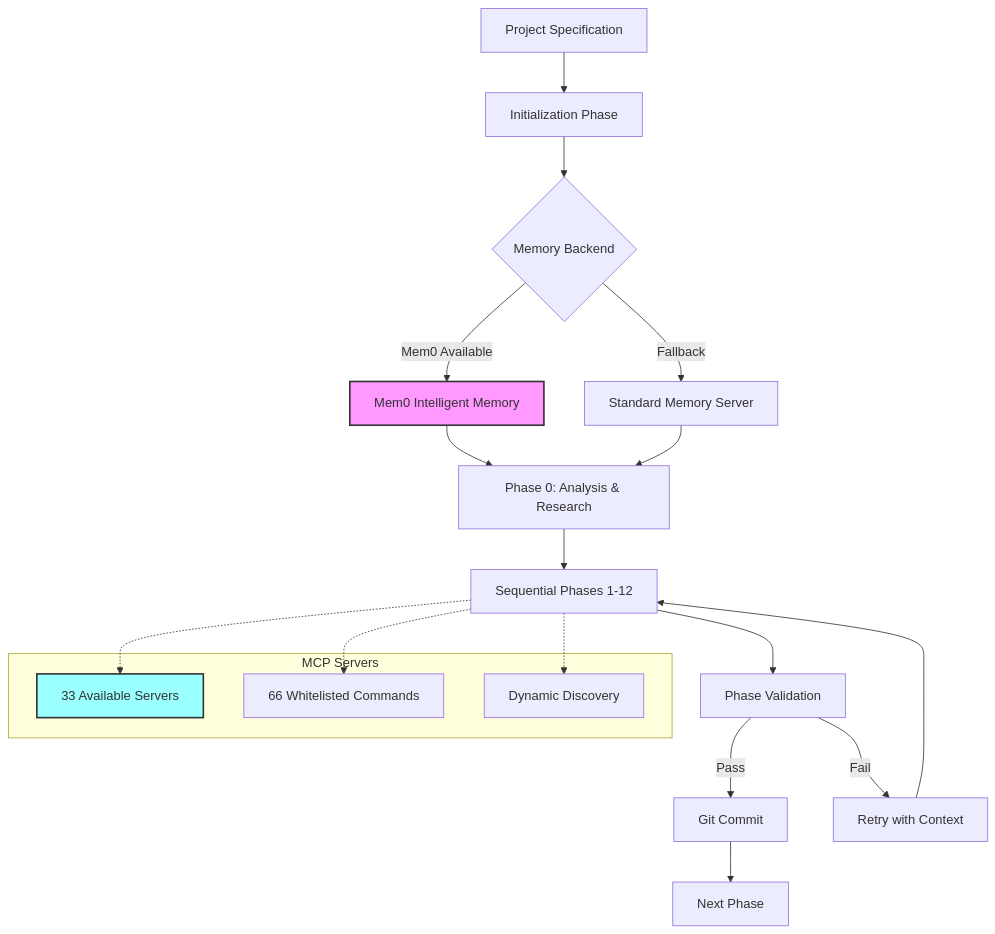
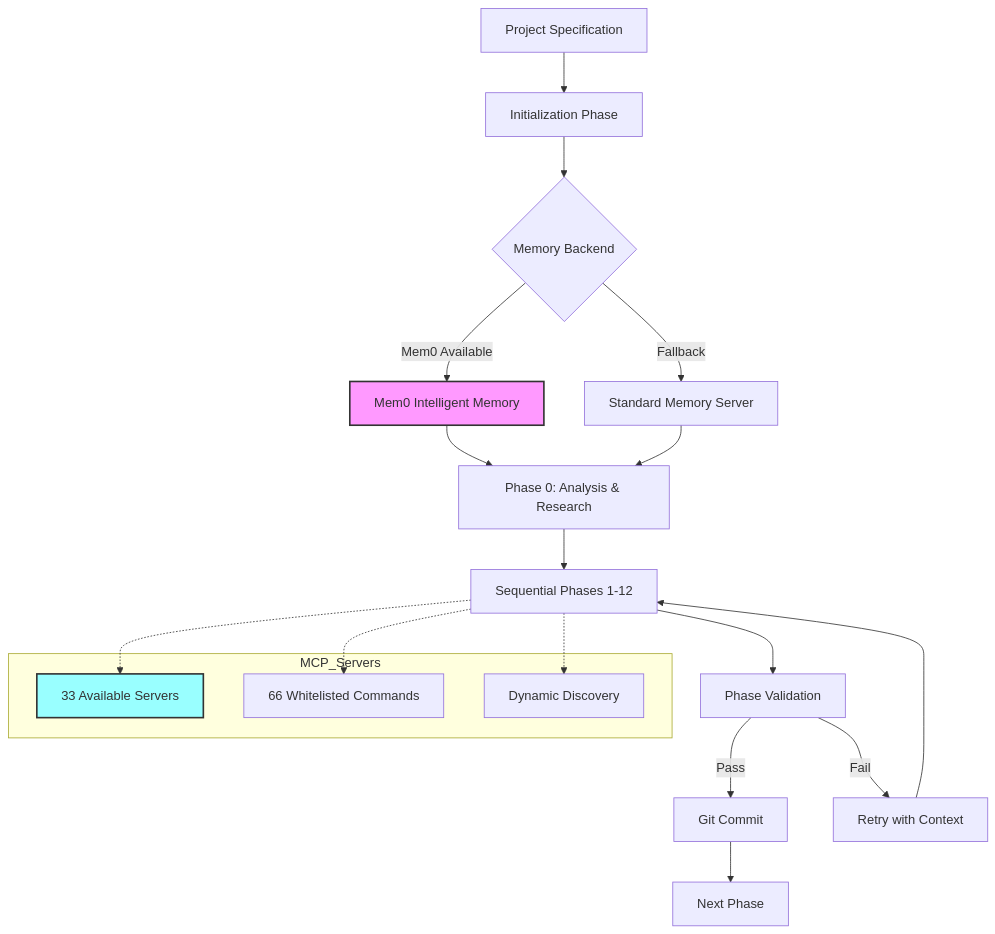
One commit to krzemienski/enhanced-claude-code changed the first of 2 diagrams in README.md. Above: the diagram before and after it, drawn with Mermaid. The commit also changed other lines of this file, not shown here.

First line of the commit message:
fix: Fix Mermaid diagram syntax issues

````diff
--- a/README.md
+++ b/README.md
@@ -35,33 +35,33 @@
 ```mermaid
 graph TD
     A[Project Specification] --> B[Initialization Phase]
     B --> C{Memory Backend}
     C -->|Mem0 Available| D[Mem0 Intelligent Memory]
     C -->|Fallback| E[Standard Memory Server]
     
     D --> F[Phase 0: Analysis & Research]
     E --> F
     
     F --> G[Sequential Phases 1-12]
     
     G --> H[Phase Validation]
     H -->|Pass| I[Git Commit]
     H -->|Fail| J[Retry with Context]
     
     I --> K[Next Phase]
     J --> G
     
-    subgraph "MCP Servers"
+    subgraph MCP_Servers
         L[33 Available Servers]
         M[66 Whitelisted Commands]
         N[Dynamic Discovery]
     end
     
     G -.-> L
     G -.-> M
     G -.-> N
     
     style D fill:#f9f,stroke:#333,stroke-width:2px
     style L fill:#9ff,stroke:#333,stroke-width:2px
 
 ```
````
